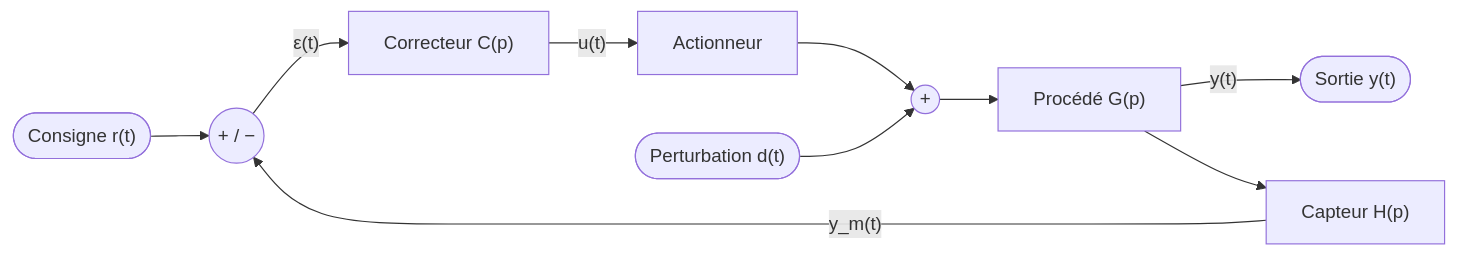
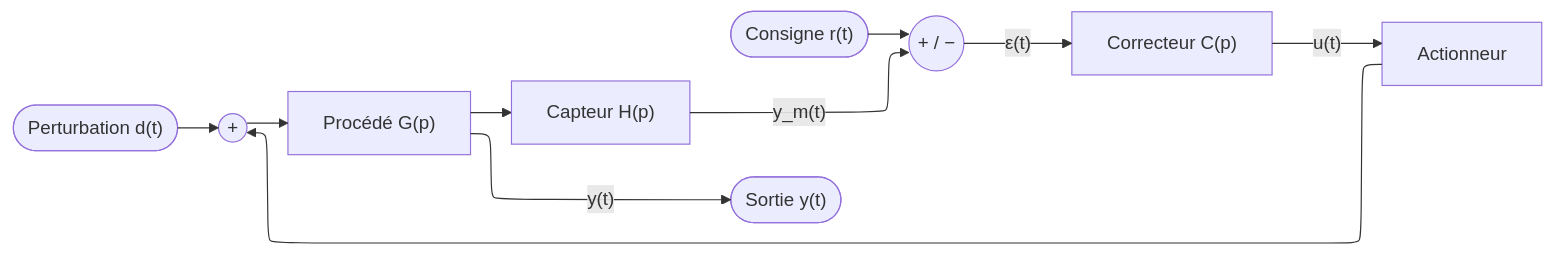
The first of 2 diagrams in doc/exemple.md (benoitdekeyn/MarkDownAble), drawn with Mermaid before and after one commit. The commit also changed other lines of this file and 5 other files, not shown here.

Commit message:
new release diagrammes mermaid propriétés

````diff
--- a/doc/exemple.md
+++ b/doc/exemple.md
@@ -178,12 +178,16 @@
-```mermaid layout=elk direction=LR
+```mermaid
+---
+config:
+  layout: elk
+---
 flowchart LR
   R(["Consigne r(t)"]) --> S(("+ / −"))
   S -->|"ε(t)"| C["Correcteur C(p)"]
   C -->|"u(t)"| A["Actionneur"]
   A --> SUM(("+"))
   D(["Perturbation d(t)"]) --> SUM
   SUM --> G["Procédé G(p)"]
   G -->|"y(t)"| Y(["Sortie y(t)"])
   G --> H["Capteur H(p)"]
   H -->|"y_m(t)"| S
 ```
````
